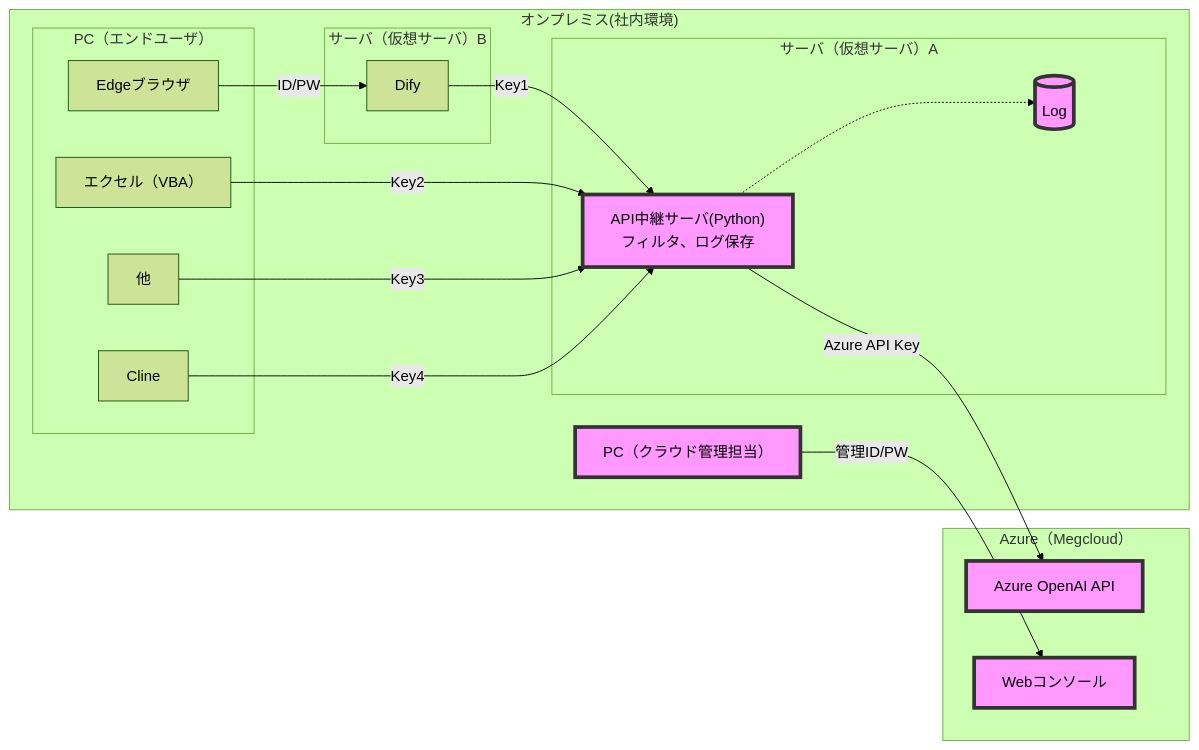
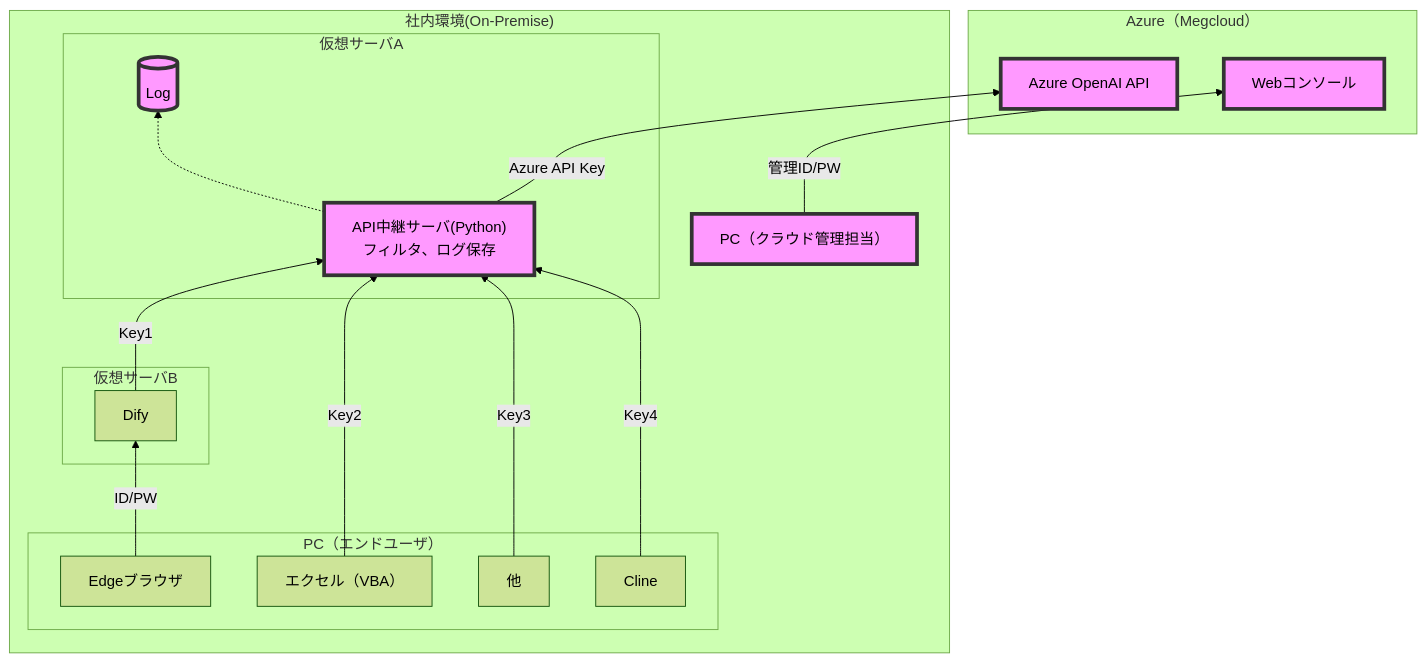
Before and after one commit to sdkn104/misc: the diagram in Comp/Marp/temp.mmd, drawn with Mermaid (forest theme). The commit also changed 3 other files, not shown here.

First line of the commit message:
docs: update diagrams and slide markdown for clarity and consistency

```diff
--- a/Comp/Marp/temp.mmd
+++ b/Comp/Marp/temp.mmd
@@ -1,39 +1,39 @@
-flowchart LR
+flowchart BT
 
   subgraph Azure_Megcloud[Azure（Megcloud）]
     Azure_Megcloud_OpenAI["Azure OpenAI API"]
     style Azure_Megcloud_OpenAI fill:#f9f,stroke:#333,stroke-width:4px
     Azure_Megcloud_WebConsole["Webコンソール"]
     style Azure_Megcloud_WebConsole fill:#f9f,stroke:#333,stroke-width:4px
   end
 
-  subgraph OnPremise["オンプレミス(社内環境)"]
+  subgraph OnPremise["社内環境(On-Premise)"]
     OnPremise_PC["PC（クラウド管理担当）"]
     style OnPremise_PC fill:#f9f,stroke:#333,stroke-width:4px
     
-    subgraph OnPremise_Server1["サーバ（仮想サーバ）A"]
+    subgraph OnPremise_Server1["仮想サーバA"]
       OnPremise_Server_Chukei["API中継サーバ(Python)<br>フィルタ、ログ保存"]
       style OnPremise_Server_Chukei fill:#f9f,stroke:#333,stroke-width:4px
       OnPremise_Server_log[(Log)]
       style OnPremise_Server_log fill:#f9f,stroke:#333,stroke-width:4px
     end
-    subgraph OnPremise_Server2["サーバ（仮想サーバ）B"]
+    subgraph OnPremise_Server2["仮想サーバB"]
       OnPremise_Server_Dify["Dify"]
     end
     subgraph OnPremise_PC_EndUser["PC（エンドユーザ）"]
       OnPremise_PC_EndUser_Excel["エクセル（VBA）"]
       OnPremise_PC_EndUser_Cline["Cline"]
       OnPremise_PC_EndUser_Other["他"]
       OnPremise_PC_EndUser_Edge["Edgeブラウザ"]
     end
   end
 
   %% 適当に末端ノード間の矢印も追加
 OnPremise_Server_Chukei --Azure API Key--> Azure_Megcloud_OpenAI
 OnPremise_PC -- 管理ID/PW --> Azure_Megcloud_WebConsole
 OnPremise_Server_Chukei -.-> OnPremise_Server_log
 OnPremise_Server_Dify --Key1--> OnPremise_Server_Chukei
 OnPremise_PC_EndUser_Excel --Key2--> OnPremise_Server_Chukei
 OnPremise_PC_EndUser_Other --Key3--> OnPremise_Server_Chukei
 OnPremise_PC_EndUser_Cline --Key4--> OnPremise_Server_Chukei
 OnPremise_PC_EndUser_Edge --ID/PW--> OnPremise_Server_Dify
```
